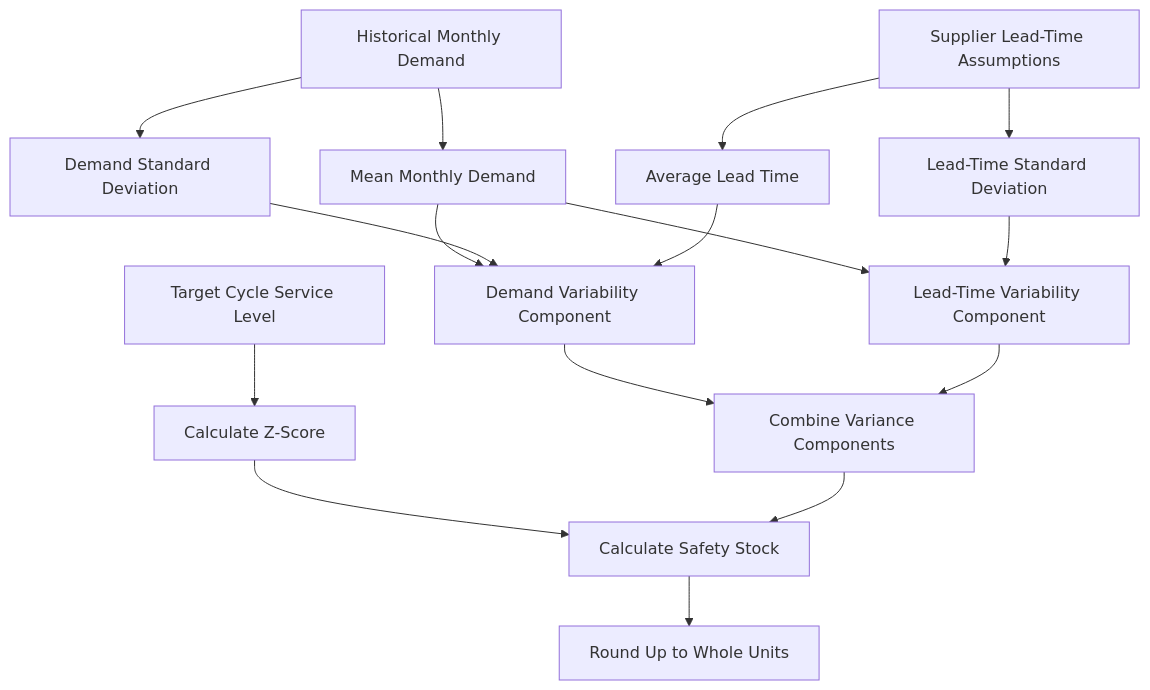
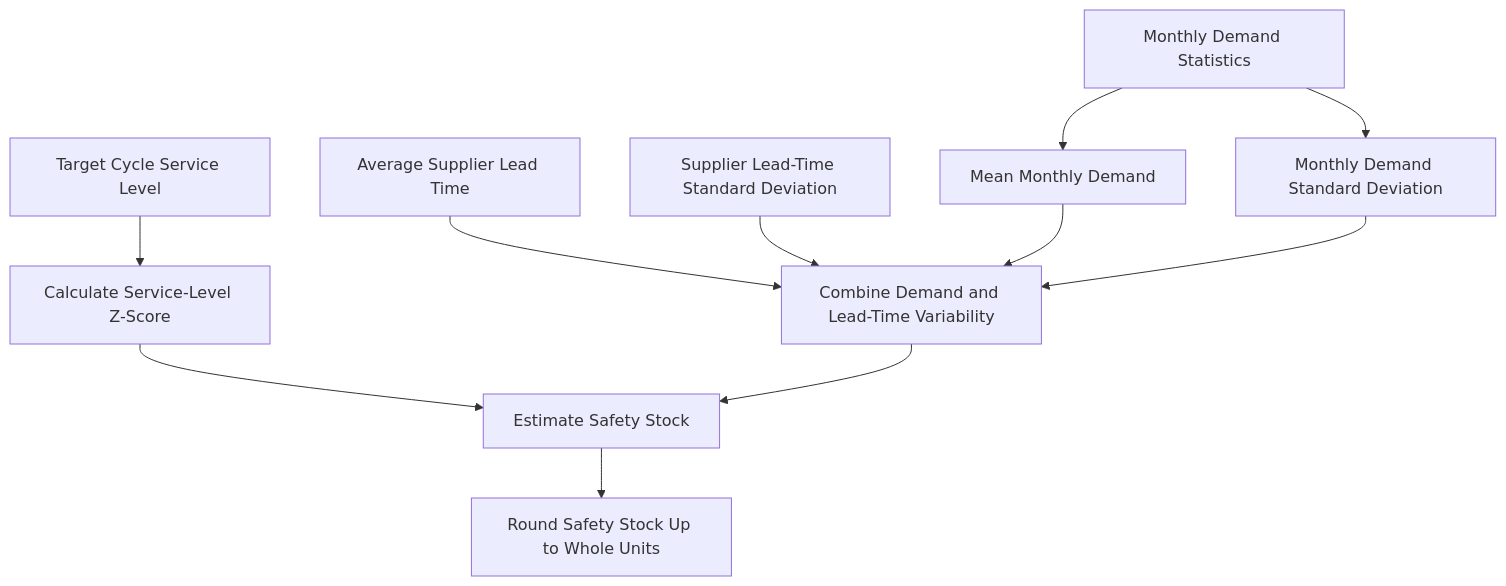
The fourth of 6 diagrams in README.md (AshutoshTembhekar/supply-chain-inventory-optimization), drawn with Mermaid before and after one commit. The commit also changed other lines of this file, not shown here.

````diff
--- a/README.md
+++ b/README.md
@@ -250,32 +269,24 @@
 ```mermaid
 flowchart TD
-    A["Historical Monthly Demand"]
+    A["Monthly Demand Statistics"]
     B["Mean Monthly Demand"]
-    C["Demand Standard Deviation"]
-    D["Supplier Lead-Time Assumptions"]
-    E["Average Lead Time"]
-    F["Lead-Time Standard Deviation"]
-    G["Target Cycle Service Level"]
-    H["Calculate Z-Score"]
-    I["Demand Variability Component"]
-    J["Lead-Time Variability Component"]
-    K["Combine Variance Components"]
-    L["Calculate Safety Stock"]
-    M["Round Up to Whole Units"]
+    C["Monthly Demand Standard Deviation"]
+    D["Average Supplier Lead Time"]
+    E["Supplier Lead-Time Standard Deviation"]
+    F["Target Cycle Service Level"]
+    G["Calculate Service-Level Z-Score"]
+    H["Combine Demand and Lead-Time Variability"]
+    I["Estimate Safety Stock"]
+    J["Round Safety Stock Up to Whole Units"]
 
     A --> B
     A --> C
-    D --> E
-    D --> F
-    G --> H
-    B --> I
-    C --> I
-    E --> I
-    B --> J
-    F --> J
-    I --> K
-    J --> K
-    H --> L
-    K --> L
-    L --> M
+    D --> H
+    E --> H
+    B --> H
+    C --> H
+    F --> G
+    G --> I
+    H --> I
+    I --> J
 ```
````
